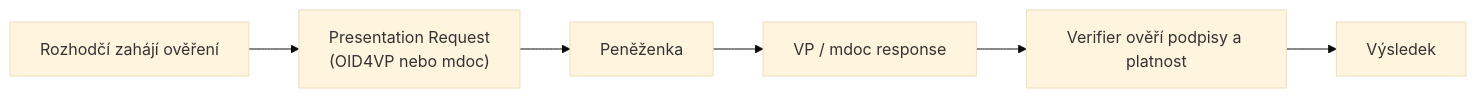
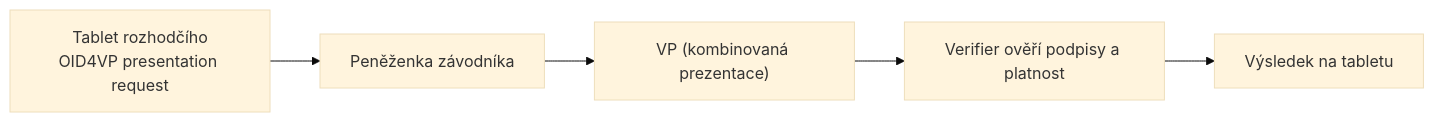
The diagram in src/content/scenarios/rozhodci-overeni-zavodnika.md (l-ra/walletmap), drawn with Mermaid (base theme) before and after one commit. The commit also changed other lines of this file and 5 other files, not shown here.

````diff
--- a/src/content/scenarios/rozhodci-overeni-zavodnika.md
+++ b/src/content/scenarios/rozhodci-overeni-zavodnika.md
@@ -48,8 +44,7 @@
 ```mermaid
 flowchart LR
-    A["Rozhodčí zahájí ověření"] --> B["Presentation Request<br/>(OID4VP nebo mdoc)"]
-    B --> C["Peněženka"]
-    C --> D["VP / mdoc response"]
-    D --> E["Verifier ověří podpisy a platnost"]
-    E --> F["Výsledek"]
+    A["Tablet rozhodčího<br/>OID4VP presentation request"] --> B["Peněženka závodníka"]
+    B --> C["VP (kombinovaná prezentace)"]
+    C --> D["Verifier ověří podpisy a platnost"]
+    D --> E["Výsledek na tabletu"]
 ```
````
